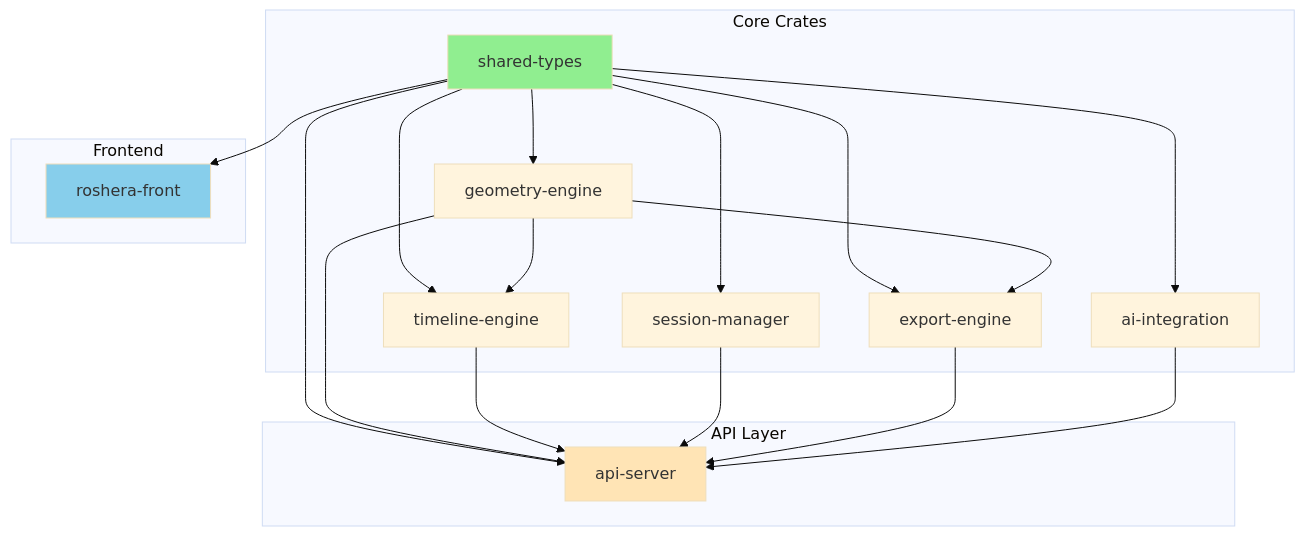
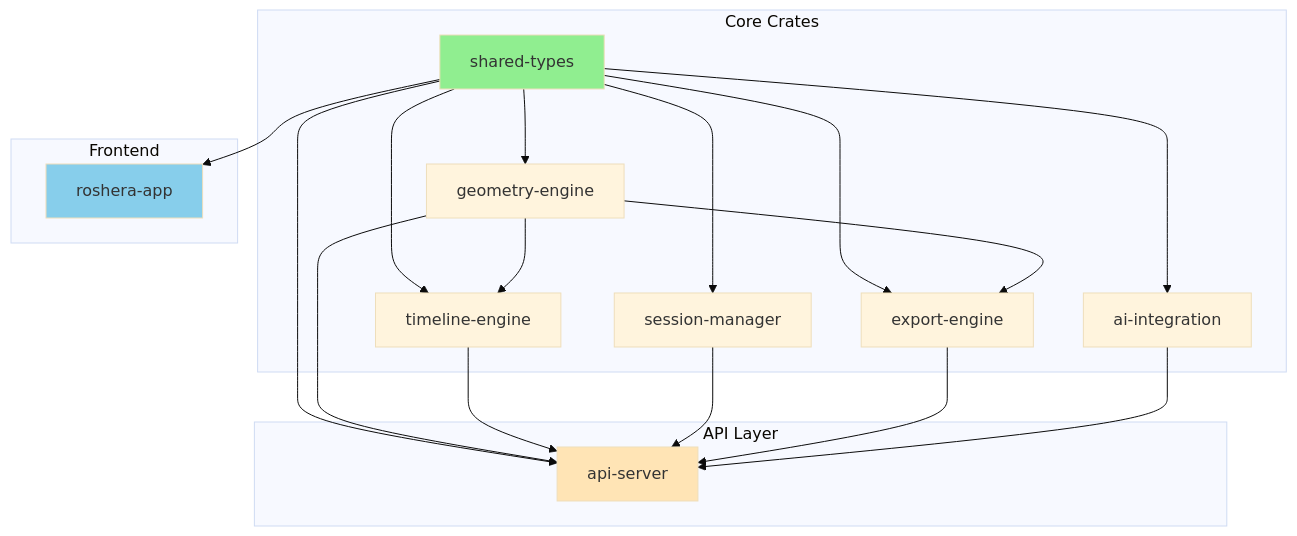
Before and after one commit to varun29ankuS/Roshera-CAD: the diagram in DEPENDENCY-GRAPH.md, drawn with Mermaid (base theme). The commit also changed 125 other files, not shown here.

````diff
--- a/DEPENDENCY-GRAPH.md
+++ b/DEPENDENCY-GRAPH.md
@@ -9,49 +9,49 @@
 ```mermaid
 graph TB
     subgraph "Core Crates"
         shared[shared-types]
         geom[geometry-engine]
         timeline[timeline-engine]
         session[session-manager]
         export[export-engine]
         ai[ai-integration]
     end
     
     subgraph "API Layer"
         api[api-server]
     end
     
     subgraph "Frontend"
-        front[roshera-front]
+        front[roshera-app]
     end
     
     %% Shared types is used by everything
     shared --> geom
     shared --> timeline
     shared --> session
     shared --> export
     shared --> ai
     shared --> api
     shared --> front
     
     %% Geometry engine dependencies
     geom --> timeline
     geom --> export
     geom --> api
     
     %% Timeline uses geometry
     timeline --> api
     
     %% Session manager uses timeline and geometry
     session --> api
     
     %% Export uses geometry
     export --> api
     
     %% AI uses geometry and timeline
     ai --> api
     
     style shared fill:#90EE90
     style api fill:#FFE4B5
     style front fill:#87CEEB
 ```
````
